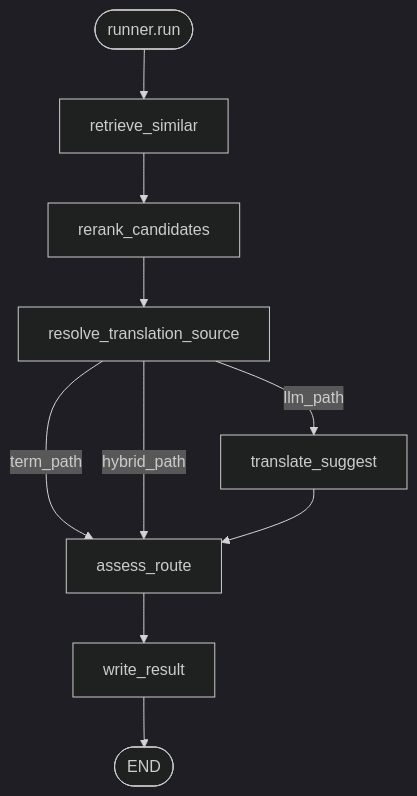
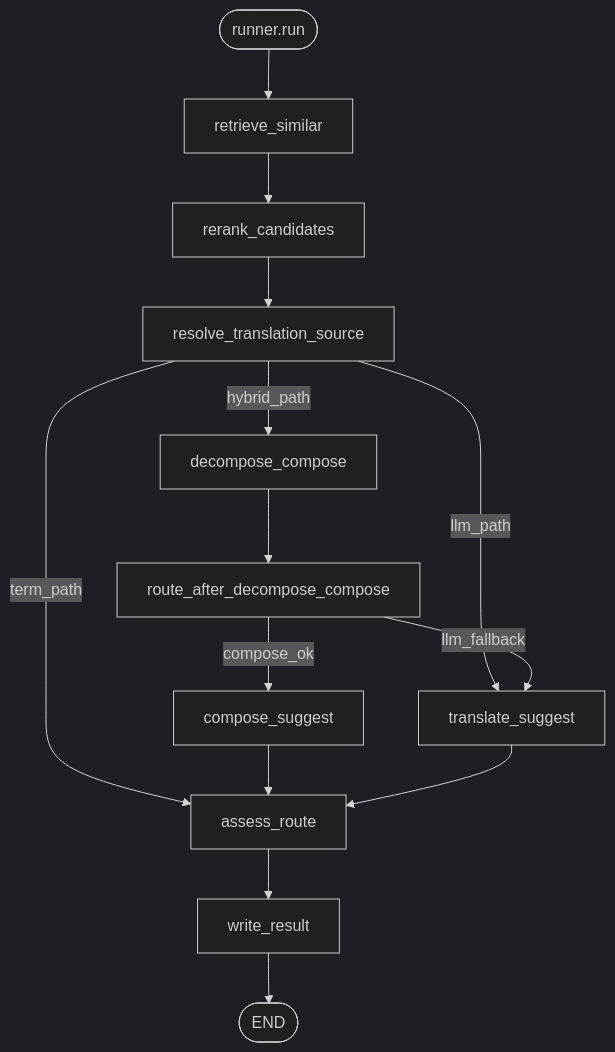
Before and after one commit to deosiree/translationtool: the third of 8 diagrams in terminology-agent/app/graph/pre_translate/README.md, drawn with Mermaid (dark theme). The commit also changed other lines of this file and 34 other files, not shown here.

````diff
--- a/terminology-agent/app/graph/pre_translate/README.md
+++ b/terminology-agent/app/graph/pre_translate/README.md
@@ -69,12 +69,16 @@
 ```mermaid
 flowchart TB
   entry([runner.run]) --> retrieve_similar
   retrieve_similar --> rerank_candidates
   rerank_candidates --> resolve_translation_source
   resolve_translation_source -->|"term_path"| assess_route
   resolve_translation_source -->|"llm_path"| translate_suggest
-  resolve_translation_source -->|"hybrid_path"| assess_route
+  resolve_translation_source -->|"hybrid_path"| decompose_compose
+  decompose_compose --> route_after_decompose_compose
+  route_after_decompose_compose -->|"compose_ok"| compose_suggest
+  route_after_decompose_compose -->|"llm_fallback"| translate_suggest
+  compose_suggest --> assess_route
   translate_suggest --> assess_route
   assess_route --> write_result
   write_result --> endNode([END])
 ```
````
